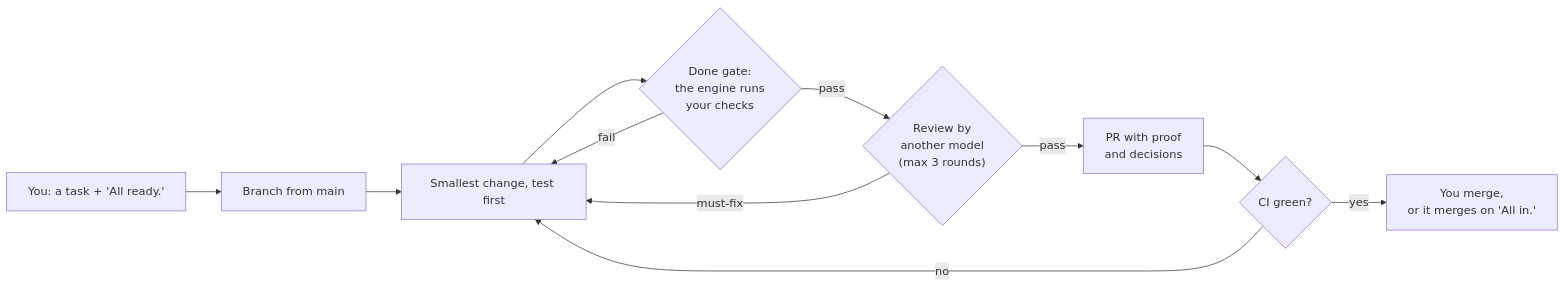
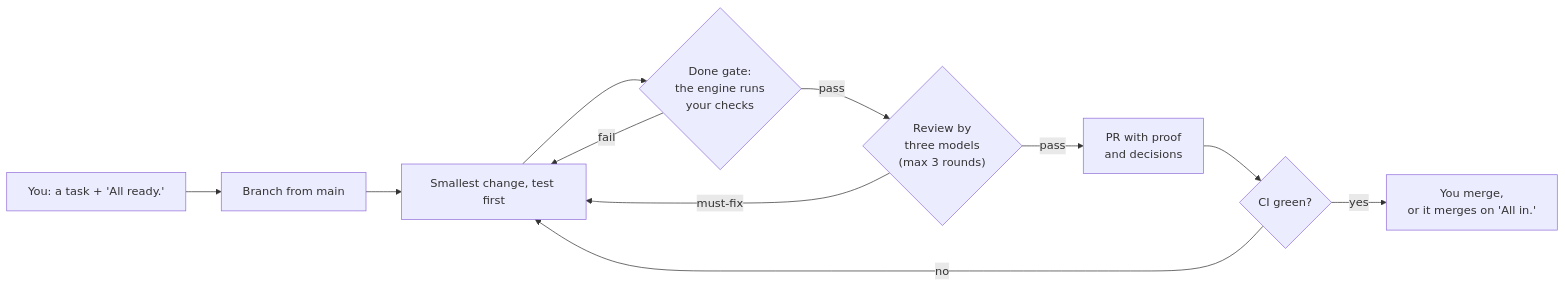
Before and after one commit to djtorel/weftwork: the diagram in README.md, drawn with Mermaid. The commit also changed other lines of this file and 16 other files, not shown here.

First line of the commit message:
feat(review): review with Claude Opus, Codex and Gemini Neon by default, in code and design rounds

````diff
--- a/README.md
+++ b/README.md
@@ -150,13 +153,13 @@
 ```mermaid
 flowchart LR
   task["You: a task + 'All ready.'"] --> branch[Branch from main]
   branch --> change[Smallest change, test first]
   change --> gate{"Done gate:<br/>the engine runs<br/>your checks"}
   gate -- fail --> change
-  gate -- pass --> review{"Review by<br/>another model<br/>(max 3 rounds)"}
+  gate -- pass --> review{"Review by<br/>three models<br/>(max 3 rounds)"}
   review -- must-fix --> change
   review -- pass --> pr["PR with proof<br/>and decisions"]
   pr --> ci{CI green?}
   ci -- no --> change
   ci -- yes --> you["You merge,<br/>or it merges on 'All in.'"]
 ```
````
